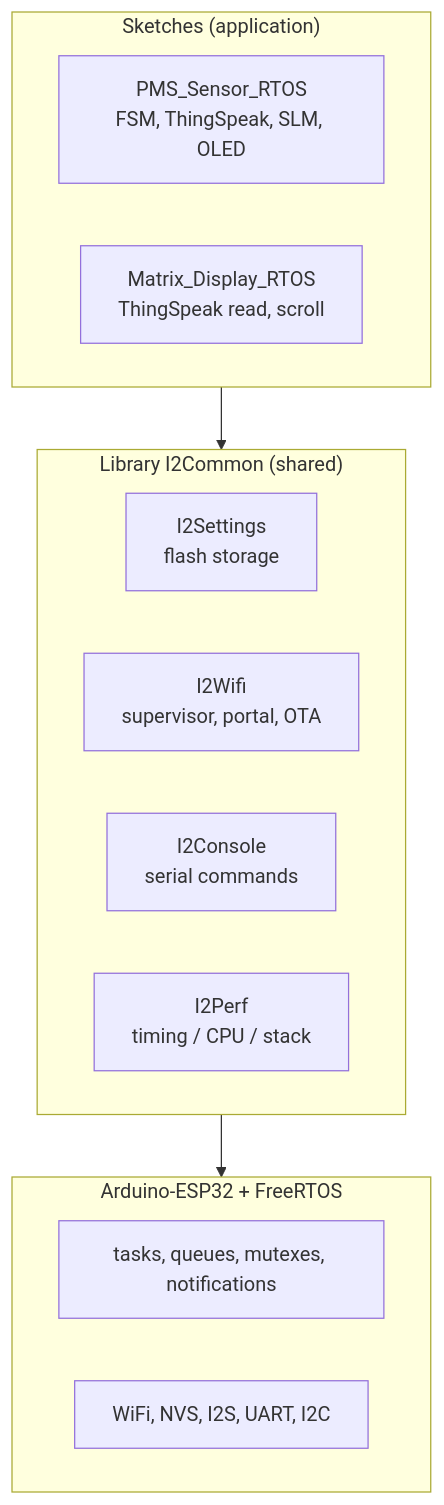
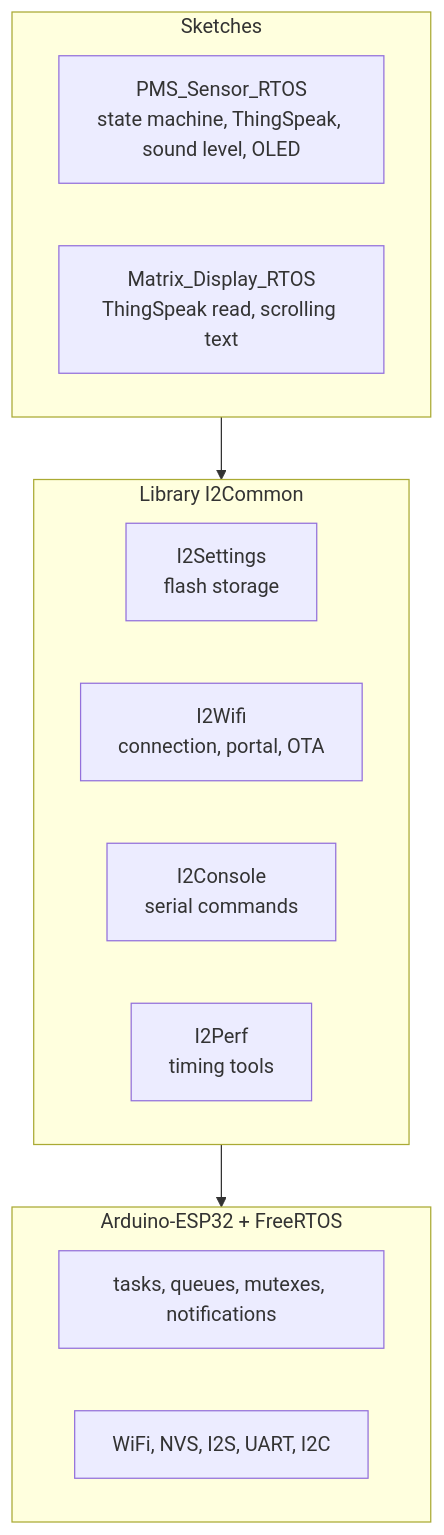
The second of 12 diagrams in CODE_EXPLAINED.md (FPetkovski127/PMS_FreeRTOS), drawn with Mermaid before and after one commit. The commit also changed other lines of this file and 60 other files, not shown here.

````diff
--- a/CODE_EXPLAINED.md
+++ b/CODE_EXPLAINED.md
@@ -49,18 +43,18 @@
 ```mermaid
 flowchart TB
-  subgraph APP["Sketches (application)"]
-    S1["PMS_Sensor_RTOS<br/>FSM, ThingSpeak, SLM, OLED"]
-    S2["Matrix_Display_RTOS<br/>ThingSpeak read, scroll"]
+  subgraph APP["Sketches"]
+    S1["PMS_Sensor_RTOS<br/>state machine, ThingSpeak, sound level, OLED"]
+    S2["Matrix_Display_RTOS<br/>ThingSpeak read, scrolling text"]
   end
-  subgraph LIB["Library I2Common (shared)"]
+  subgraph LIB["Library I2Common"]
     SET["I2Settings<br/>flash storage"]
-    WIFI["I2Wifi<br/>supervisor, portal, OTA"]
+    WIFI["I2Wifi<br/>connection, portal, OTA"]
     CON["I2Console<br/>serial commands"]
-    PERF["I2Perf<br/>timing / CPU / stack"]
+    PERF["I2Perf<br/>timing tools"]
   end
   subgraph SYS["Arduino-ESP32 + FreeRTOS"]
     RTOS["tasks, queues, mutexes, notifications"]
     DRV["WiFi, NVS, I2S, UART, I2C"]
   end
   APP --> LIB --> SYS
 ```
````
